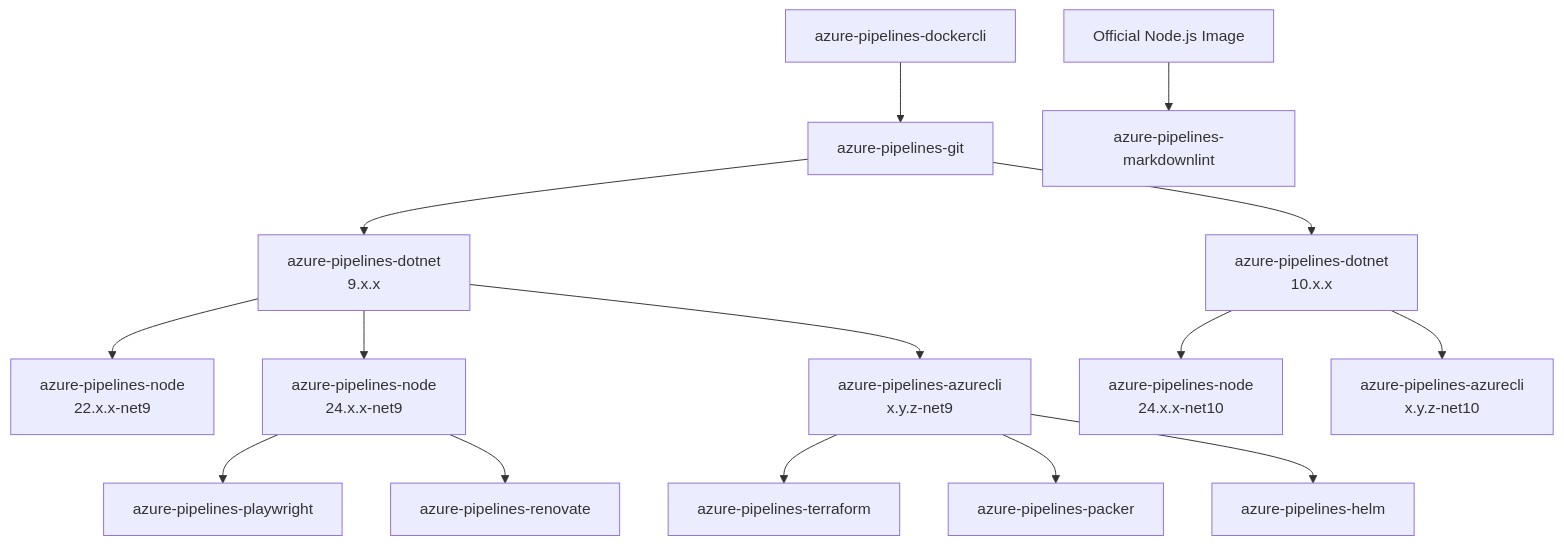
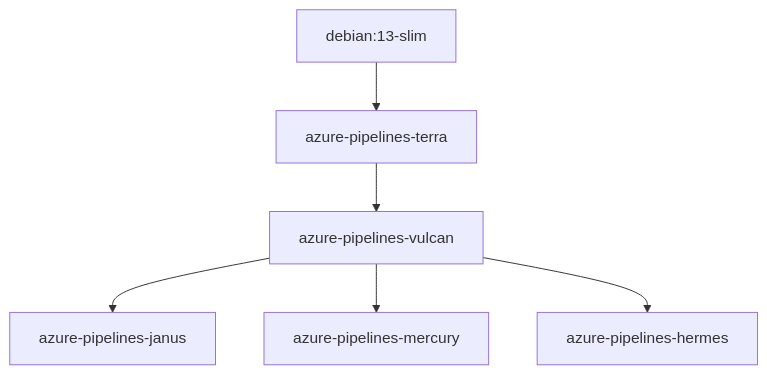
One commit to swissgrc/.github changed the diagram in profile/README.md. Above: the diagram before and after it, drawn with Mermaid. The commit also changed other lines of this file, not shown here.

Commit message:
Update profile to reflect consolidation to 5 Docker images (#358)

````diff
--- a/profile/README.md
+++ b/profile/README.md
@@ -23,68 +16,28 @@
 ```mermaid
 graph TB
-    docker[azure-pipelines-dockercli]
-    click docker "https://github.com/swissgrc/docker-azure-pipelines-dockercli"
+    terra[azure-pipelines-terra]
+    click terra "https://github.com/swissgrc/docker-azure-pipelines"
 
-    git[azure-pipelines-git]
-    click git "https://github.com/swissgrc/docker-azure-pipelines-git"
+    vulcan[azure-pipelines-vulcan]
+    click vulcan "https://github.com/swissgrc/docker-azure-pipelines"
 
-    dotnet9[azure-pipelines-dotnet<br>9.x.x]
-    click dotnet9 "https://github.com/swissgrc/docker-azure-pipelines-dotnet-9"
-    dotnet10[azure-pipelines-dotnet<br>10.x.x]
-    click dotnet10 "https://github.com/swissgrc/docker-azure-pipelines-dotnet-10"
+    janus[azure-pipelines-janus]
+    click janus "https://github.com/swissgrc/docker-azure-pipelines"
 
-    node22_9[azure-pipelines-node<br>22.x.x-net9]
-    click node22_9 "https://github.com/swissgrc/docker-azure-pipelines-node22-net9"
-    node24_9[azure-pipelines-node<br>24.x.x-net9]
-    click node24_9 "https://github.com/swissgrc/docker-azure-pipelines-node24-net9"
-    node24_10[azure-pipelines-node<br>24.x.x-net10]
-    click node24_10 "https://github.com/swissgrc/docker-azure-pipelines-node24-net10"
+    mercury[azure-pipelines-mercury]
+    click mercury "https://github.com/swissgrc/docker-azure-pipelines"
 
-    az9[azure-pipelines-azurecli<br>x.y.z-net9]
-    click az9 "https://github.com/swissgrc/docker-azure-pipelines-azurecli-net9"
-    az10[azure-pipelines-azurecli<br>x.y.z-net10]
-    click az10 "https://github.com/swissgrc/docker-azure-pipelines-azurecli-net10"
+    hermes[azure-pipelines-hermes]
+    click hermes "https://github.com/swissgrc/docker-azure-pipelines"
 
-    terraform[azure-pipelines-terraform]
-    click terraform "https://github.com/swissgrc/docker-azure-pipelines-terraform"
-    packer[azure-pipelines-packer]
-    click packer "https://github.com/swissgrc/docker-azure-pipelines-packer"
-    helm[azure-pipelines-helm]
-    click helm "https://github.com/swissgrc/docker-azure-pipelines-helm"
-
-    playwright[azure-pipelines-playwright]
-    click playwright "https://github.com/swissgrc/docker-azure-pipelines-playwright"
-
-    markdownlint[azure-pipelines-markdownlint]
-    click markdownlint "https://github.com/swissgrc/docker-azure-pipelines-markdownlint"
-
-    renovate[azure-pipelines-renovate]
-    click renovate "https://github.com/swissgrc/docker-azure-pipelines-renovate"
-
-    %% External Images
-    nodejs[Official Node.js Image]
-    click nodejs "https://hub.docker.com/_/node"
+    %% External base image
+    debian[debian:13-slim]
+    click debian "https://hub.docker.com/_/debian"
 
     %% Inheritance relationships (top-down)
-    docker --> git
-
-    git --> dotnet9
-    git --> dotnet10
-
-    dotnet9 --> node22_9
-    dotnet9 --> node24_9    
-    dotnet10 --> node24_10
-
-    dotnet9 --> az9
-    dotnet10 --> az10
-
-    az9 --> terraform
-    az9 --> packer
-    az9 --> helm
-
-    node24_9 --> playwright
-
-    nodejs --> markdownlint
-
-    node24_9 --> renovate
+    debian --> terra
+    terra --> vulcan
+    vulcan --> janus
+    vulcan --> mercury
+    vulcan --> hermes
 ```
````
